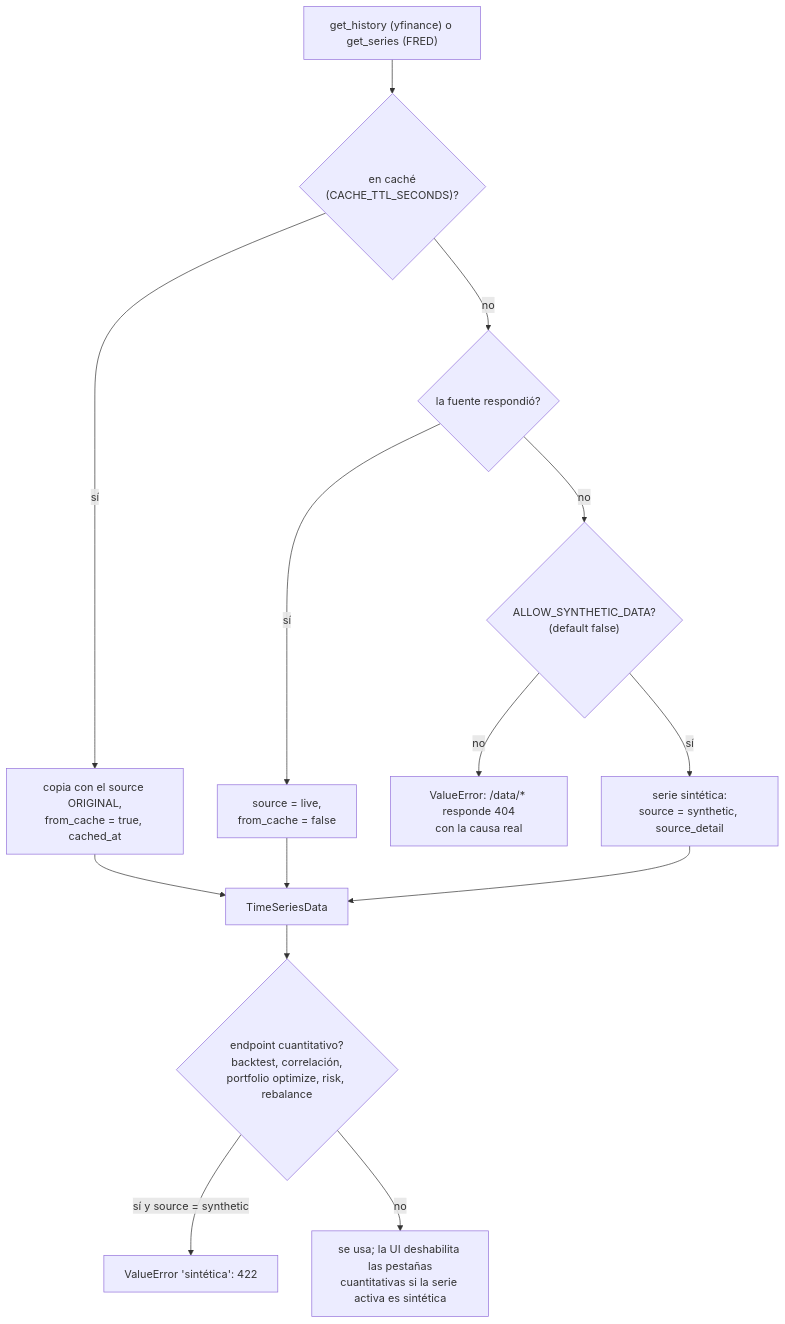
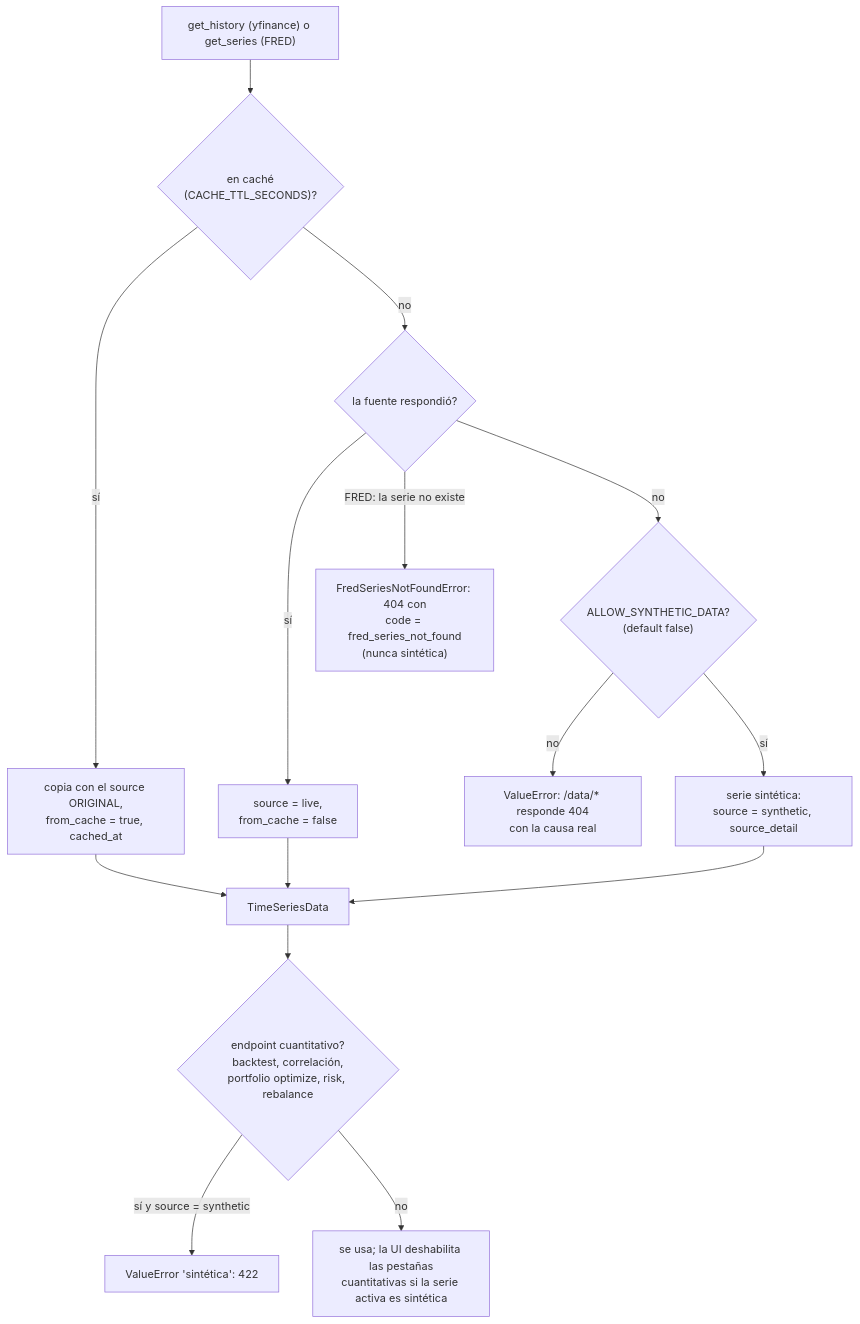
Before and after one commit to casper06/timeInvestor: the seventh of 8 diagrams in docs/ARCHITECTURE.md, drawn with Mermaid. The commit also changed other lines of this file and 10 other files, not shown here.

First line of the commit message:
fix: series FRED agregadas a mano y cargas superpuestas (4.16)

````diff
--- a/docs/ARCHITECTURE.md
+++ b/docs/ARCHITECTURE.md
@@ -278,14 +283,15 @@
 ```mermaid
 flowchart TD
     REQ["get_history (yfinance) o get_series (FRED)"] --> C{"en caché<br/>(CACHE_TTL_SECONDS)?"}
     C -- sí --> CL["copia con el source ORIGINAL,<br/>from_cache = true, cached_at"]
     C -- no --> FETCH{"la fuente respondió?"}
     FETCH -- sí --> LIVE["source = live,<br/>from_cache = false"]
+    FETCH -- "FRED: la serie no existe" --> NF["FredSeriesNotFoundError: 404 con<br/>code = fred_series_not_found<br/>(nunca sintética)"]
     FETCH -- no --> SYN{"ALLOW_SYNTHETIC_DATA?<br/>(default false)"}
     SYN -- no --> ERR["ValueError: /data/* responde 404<br/>con la causa real"]
     SYN -- sí --> FAKE["serie sintética:<br/>source = synthetic, source_detail"]
     CL & LIVE & FAKE --> USE["TimeSeriesData"]
     USE --> Q{"endpoint cuantitativo?<br/>backtest, correlación,<br/>portfolio optimize, risk, rebalance"}
     Q -- "sí y source = synthetic" --> R422["ValueError 'sintética': 422"]
     Q -- no --> OK["se usa; la UI deshabilita las pestañas<br/>cuantitativas si la serie activa es sintética"]
 ```
````
